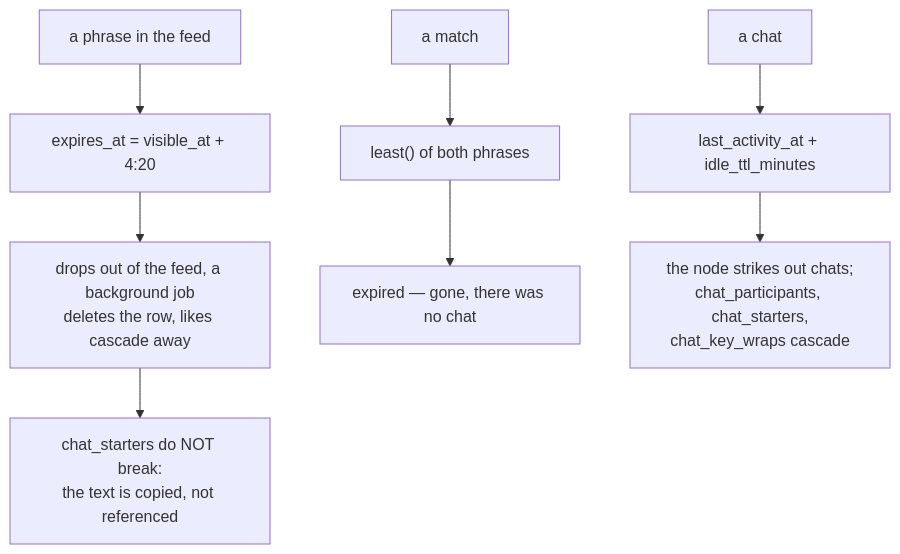
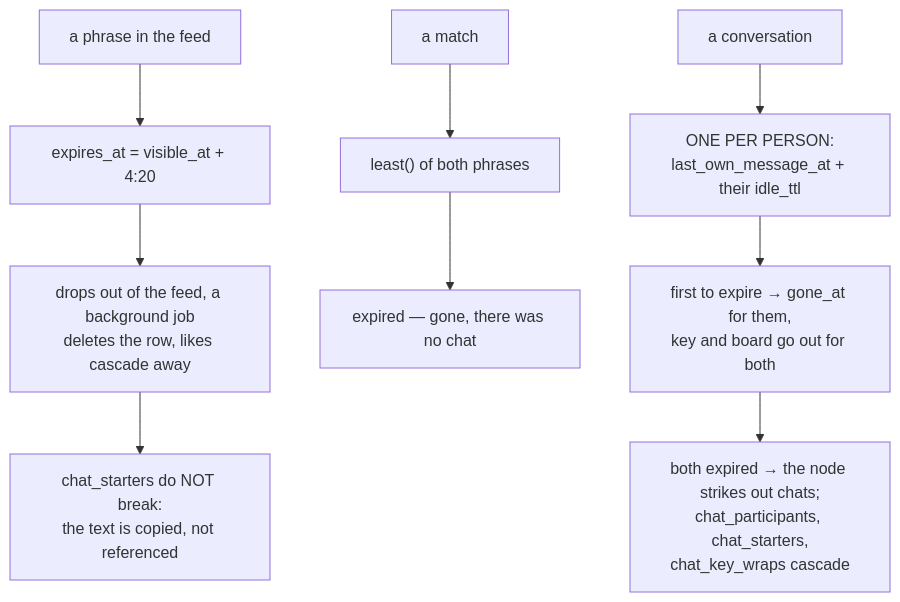
One commit to panov-id/xor.ad changed diagram 27 of 30 in docs/chat-flows_EN.md. Above: the diagram before and after it, drawn with Mermaid. The commit also changed other lines of this file and 8 other files, not shown here.

````diff
--- a/docs/chat-flows_EN.md
+++ b/docs/chat-flows_EN.md
@@ -866,10 +893,11 @@
 ```mermaid
 flowchart TD
   feed["a phrase in the feed"] --> f1["expires_at = visible_at + 4:20"]
   f1 --> f2["drops out of the feed, a background job<br/>deletes the row, likes cascade away"]
   f2 --> f3["chat_starters do NOT break:<br/>the text is copied, not referenced"]
   match["a match"] --> m1["least#40;#41; of both phrases"]
   m1 --> m2["expired — gone, there was no chat"]
-  chat["a chat"] --> c1["last_activity_at + idle_ttl_minutes"]
-  c1 --> c2["the node strikes out chats;<br/>chat_participants, chat_starters,<br/>chat_key_wraps cascade"]
+  chat["a conversation"] --> c1["ONE PER PERSON:<br/>last_own_message_at + their idle_ttl"]
+  c1 --> c2["first to expire → gone_at for them,<br/>key and board go out for both"]
+  c2 --> c3["both expired → the node strikes out chats;<br/>chat_participants, chat_starters,<br/>chat_key_wraps cascade"]
 ```
````
